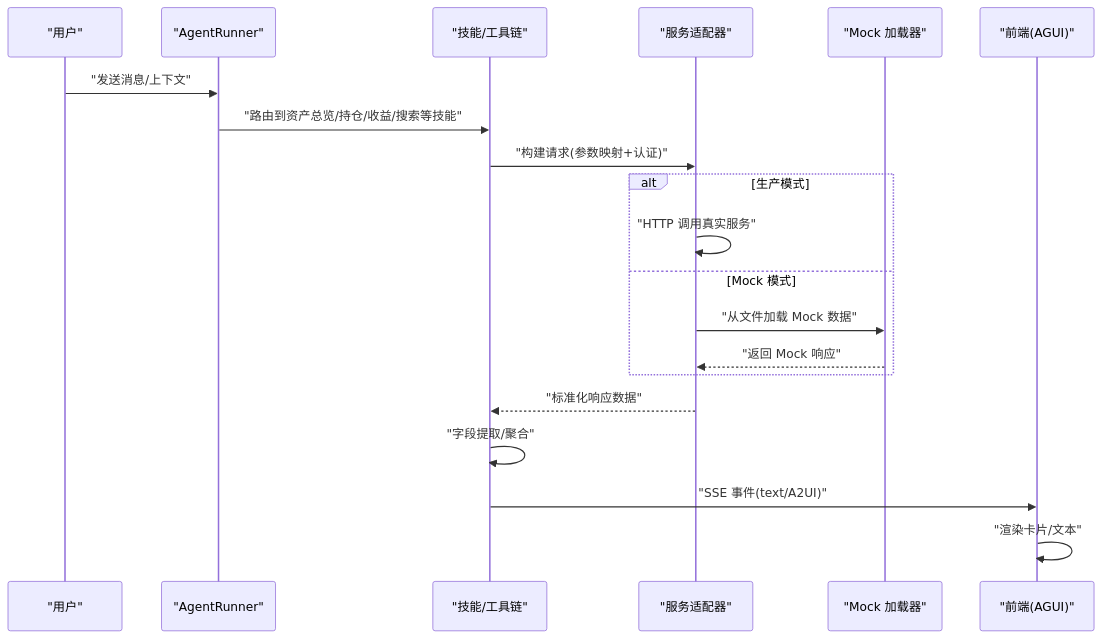
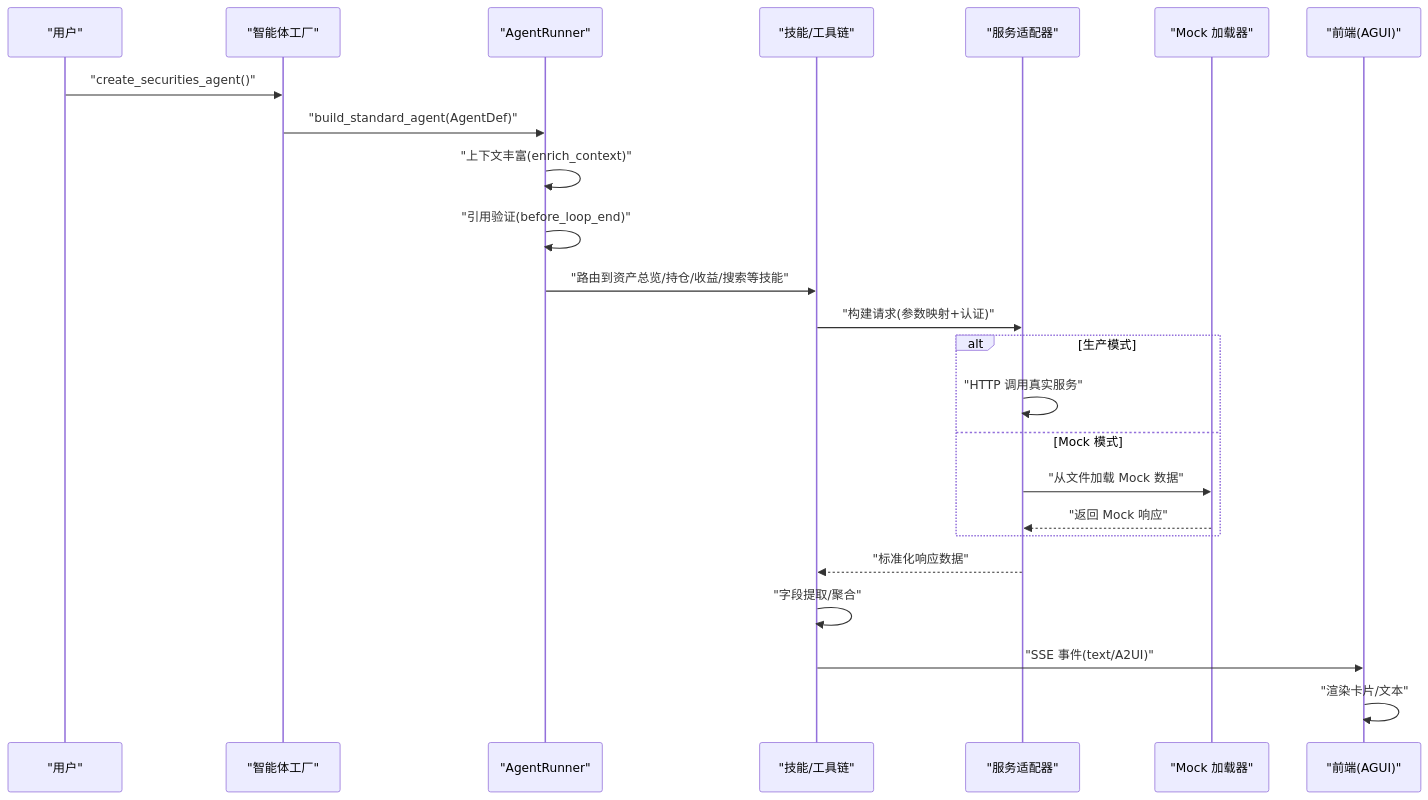
One commit to YU-JI-KUI/ark-agentic changed the second of 8 diagrams in repowiki/zh/content/智能体实现/证券智能体/证券智能体.md. Above: the diagram before and after it, drawn with Mermaid. The commit also changed other lines of this file and 12 other files, not shown here.

````diff
--- a/repowiki/zh/content/智能体实现/证券智能体/证券智能体.md
+++ b/repowiki/zh/content/智能体实现/证券智能体/证券智能体.md
@@ -117,22 +121,26 @@
 ```mermaid
 sequenceDiagram
 participant U as "用户"
+participant AF as "智能体工厂"
 participant AR as "AgentRunner"
 participant ST as "技能/工具链"
 participant AD as "服务适配器"
 participant ML as "Mock 加载器"
 participant FE as "前端(AGUI)"
-U->>AR : "发送消息/上下文"
+U->>AF : "create_securities_agent()"
+AF->>AR : "build_standard_agent(AgentDef)"
+AR->>AR : "上下文丰富(enrich_context)"
+AR->>AR : "引用验证(before_loop_end)"
 AR->>ST : "路由到资产总览/持仓/收益/搜索等技能"
 ST->>AD : "构建请求(参数映射+认证)"
 alt 生产模式
 AD->>AD : "HTTP 调用真实服务"
 else Mock 模式
 AD->>ML : "从文件加载 Mock 数据"
 ML-->>AD : "返回 Mock 响应"
 end
 AD-->>ST : "标准化响应数据"
 ST->>ST : "字段提取/聚合"
 ST->>FE : "SSE 事件(text/A2UI)"
 FE->>FE : "渲染卡片/文本"
 ```
````
